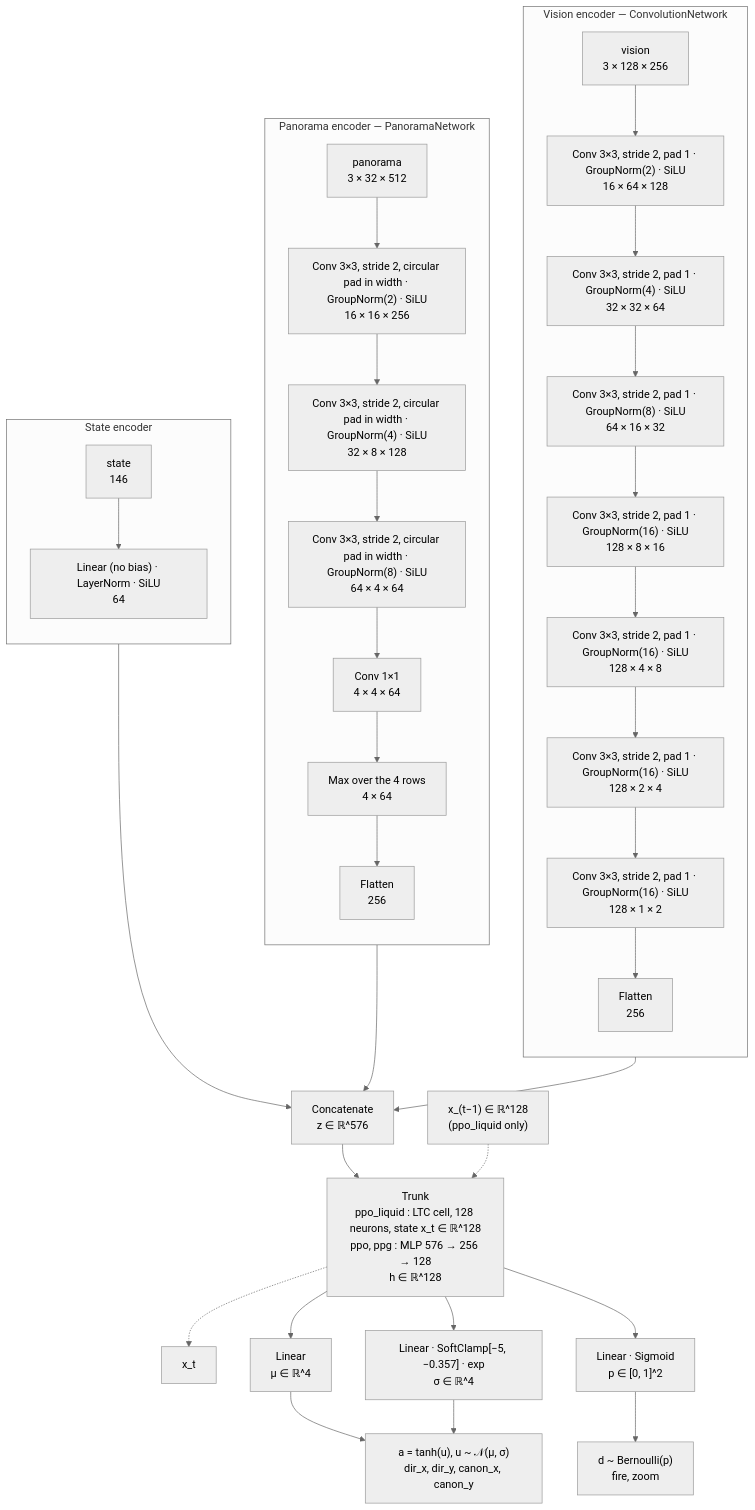
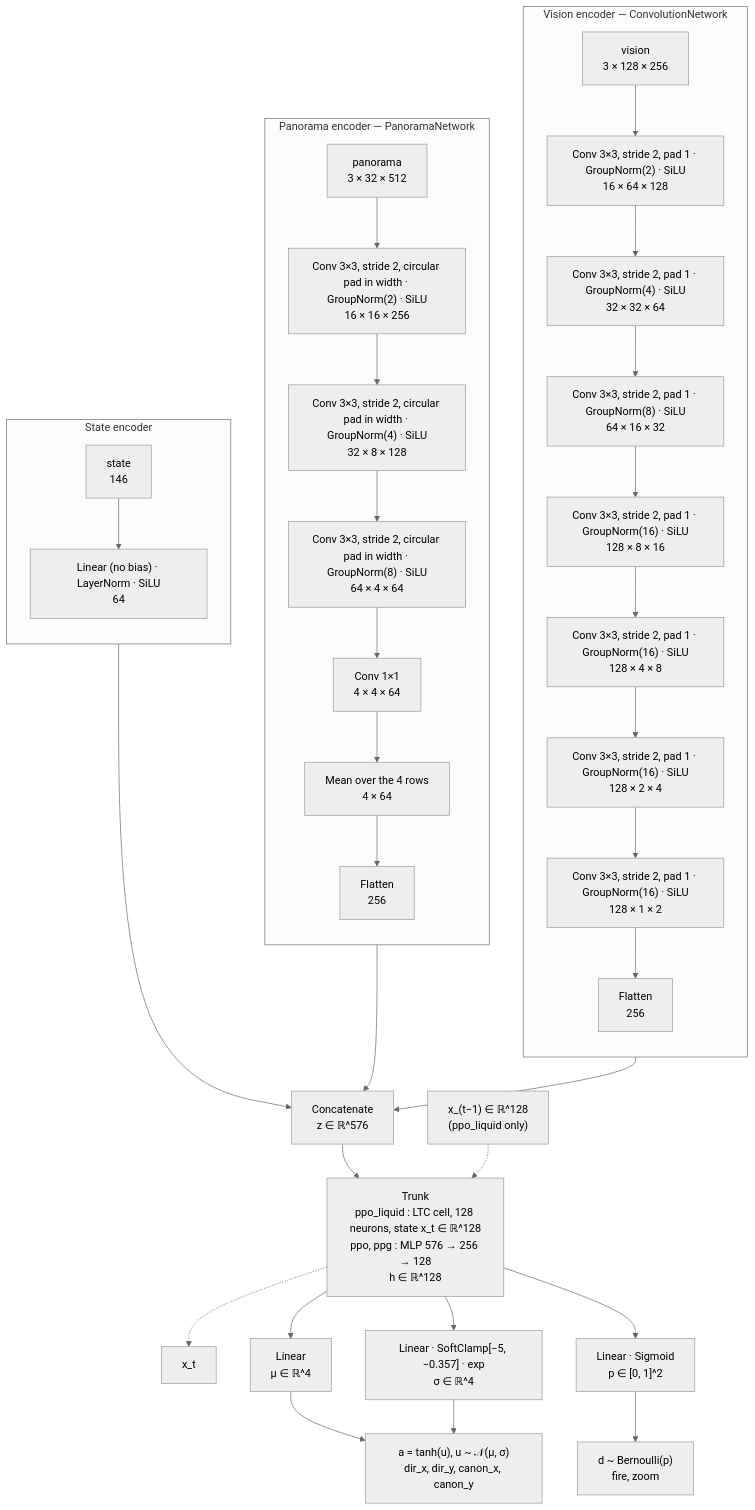
Before and after one commit to Ipsedo/ArenAI: the first of 4 diagrams in docs/neural_architecture.md, drawn with Mermaid (neutral theme). The commit also changed other lines of this file and 2 other files, not shown here.

Commit message:
feat(agent): aggregate the panorama feature map by the mean over rows

````diff
--- a/docs/neural_architecture.md
+++ b/docs/neural_architecture.md
@@ -32,51 +32,51 @@
 ```mermaid
 flowchart TB
     subgraph VE["Vision encoder — ConvolutionNetwork"]
         direction TB
         V0["vision<br/>3 × 128 × 256"]
         V1["Conv 3×3, stride 2, pad 1 · GroupNorm(2) · SiLU<br/>16 × 64 × 128"]
         V2["Conv 3×3, stride 2, pad 1 · GroupNorm(4) · SiLU<br/>32 × 32 × 64"]
         V3["Conv 3×3, stride 2, pad 1 · GroupNorm(8) · SiLU<br/>64 × 16 × 32"]
         V4["Conv 3×3, stride 2, pad 1 · GroupNorm(16) · SiLU<br/>128 × 8 × 16"]
         V5["Conv 3×3, stride 2, pad 1 · GroupNorm(16) · SiLU<br/>128 × 4 × 8"]
         V6["Conv 3×3, stride 2, pad 1 · GroupNorm(16) · SiLU<br/>128 × 2 × 4"]
         V7["Conv 3×3, stride 2, pad 1 · GroupNorm(16) · SiLU<br/>128 × 1 × 2"]
         VF["Flatten<br/>256"]
         V0 --> V1 --> V2 --> V3 --> V4 --> V5 --> V6 --> V7 --> VF
     end
 
     subgraph PE["Panorama encoder — PanoramaNetwork"]
         direction TB
         P0["panorama<br/>3 × 32 × 512"]
         P1["Conv 3×3, stride 2, circular pad in width · GroupNorm(2) · SiLU<br/>16 × 16 × 256"]
         P2["Conv 3×3, stride 2, circular pad in width · GroupNorm(4) · SiLU<br/>32 × 8 × 128"]
         P3["Conv 3×3, stride 2, circular pad in width · GroupNorm(8) · SiLU<br/>64 × 4 × 64"]
         P4["Conv 1×1<br/>4 × 4 × 64"]
-        P5["Max over the 4 rows<br/>4 × 64"]
+        P5["Mean over the 4 rows<br/>4 × 64"]
         PF["Flatten<br/>256"]
         P0 --> P1 --> P2 --> P3 --> P4 --> P5 --> PF
     end
 
     subgraph SE["State encoder"]
         direction TB
         S0["state<br/>146"]
         S1["Linear (no bias) · LayerNorm · SiLU<br/>64"]
         S0 --> S1
     end
 
     VF --> CAT["Concatenate<br/>z ∈ ℝ^576"]
     PF --> CAT
     S1 --> CAT
 
     CAT --> TRUNK["Trunk<br/>ppo_liquid : LTC cell, 128 neurons, state x_t ∈ ℝ^128<br/>ppo, ppg : MLP 576 → 256 → 128<br/>h ∈ ℝ^128"]
     X["x_(t−1) ∈ ℝ^128<br/>(ppo_liquid only)"] -.-> TRUNK
     TRUNK -.-> XN["x_t"]
 
     TRUNK --> MU["Linear<br/>μ ∈ ℝ^4"]
     TRUNK --> SG["Linear · SoftClamp[−5, −0.357] · exp<br/>σ ∈ ℝ^4"]
     TRUNK --> DP["Linear · Sigmoid<br/>p ∈ [0, 1]^2"]
 
     MU --> A["a = tanh(u), u ~ 𝒩(μ, σ)<br/>dir_x, dir_y, canon_x, canon_y"]
     SG --> A
     DP --> D["d ~ Bernoulli(p)<br/>fire, zoom"]
 ```
````
